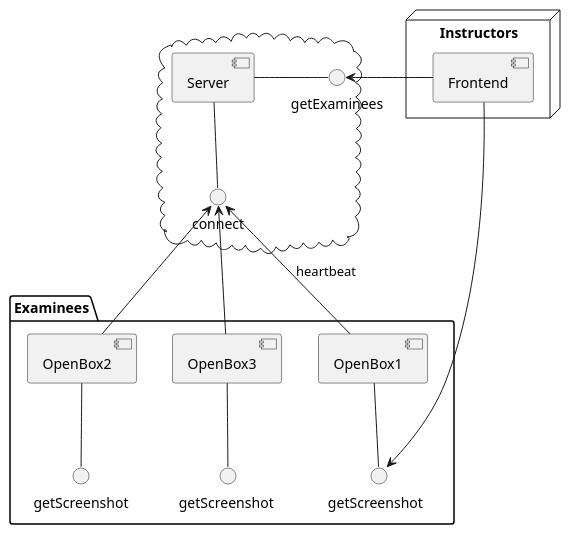
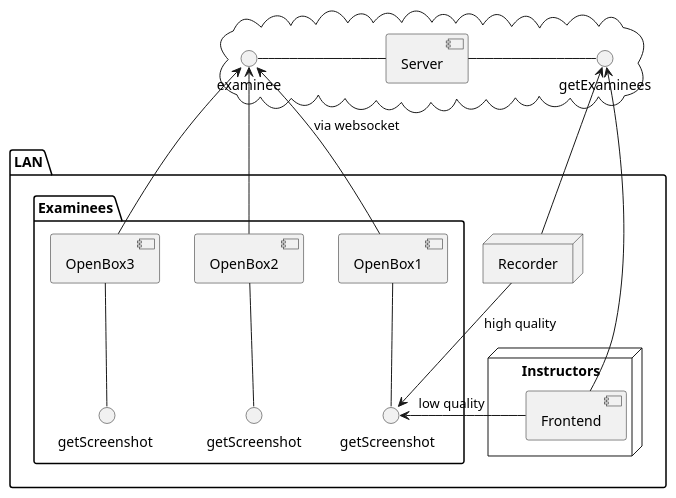
The diagram in asciidocs/slides/plantuml/architecture.puml (2324-4bhif-syp/2324-4bhif-syp-project-franklyn), drawn with PlantUML before and after one commit. The commit also changed 1 other file, not shown here.

Commit message:
chore: update architecture diagram
- #244bfk-47 In Progress

```diff
--- a/asciidocs/slides/plantuml/architecture.puml
+++ b/asciidocs/slides/plantuml/architecture.puml
@@ -1,22 +1,30 @@
 @startuml
-package Examinees {
-    [OpenBox1] -- "getScreenshot  "
-    [OpenBox2] -- "getScreenshot"
-    [OpenBox3] -- "getScreenshot "
+package LAN {
+    package Examinees {
+        [OpenBox1] -- "getScreenshot  "
+        [OpenBox2] -- "getScreenshot"
+        [OpenBox3] -- "getScreenshot "
+    }
+
+    node Instructors {
+        [Frontend]
+    }
+
+    node Recorder
 }
 
 cloud {
-    [Server] -- "connect"
-    [Server] -right- "getExaminees" : "           "
+    [Server] -left- "examinee" : "                           "
+    [Server] -right- "getExaminees"  : "                           "
 }
 
-node Instructors {
-    [Frontend]
-}
+[OpenBox1] -up-> "examinee" : "via websocket"
+[OpenBox2] -up-> "examinee"
+[OpenBox3] -up-> "examinee"
 
-[OpenBox1] -up-> "connect" : "heartbeat"
-[OpenBox2] -up-> "connect"
-[OpenBox3] -up-> "connect"
-[Frontend] -left-> "getExaminees" : "               "
-[Frontend] -down-> "getScreenshot  "
+[Frontend] -left-> "getExaminees"
+[Frontend] -left-> "getScreenshot  " : "low quality       "
+
+Recorder --> "getExaminees"
+Recorder -down-> "getScreenshot  " : "high quality"
 @enduml
```
